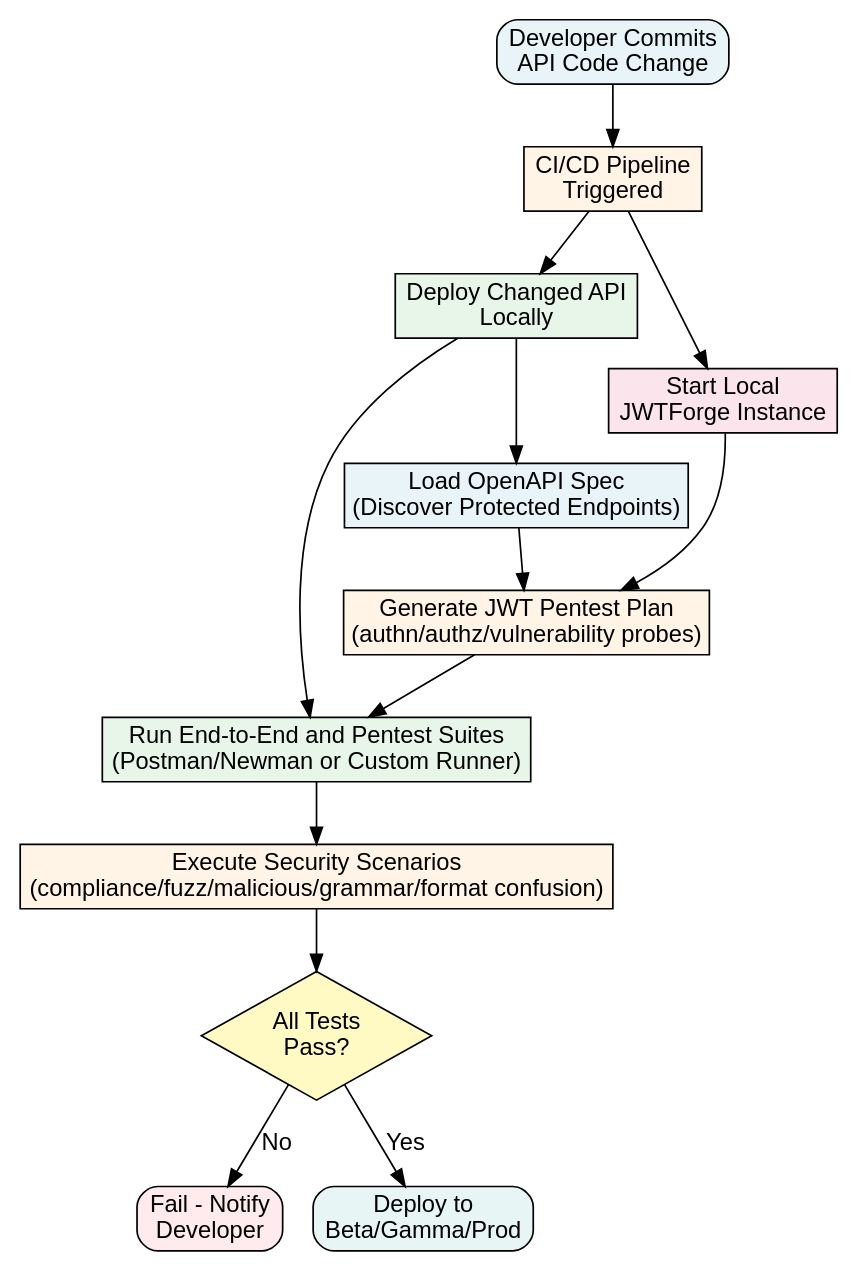
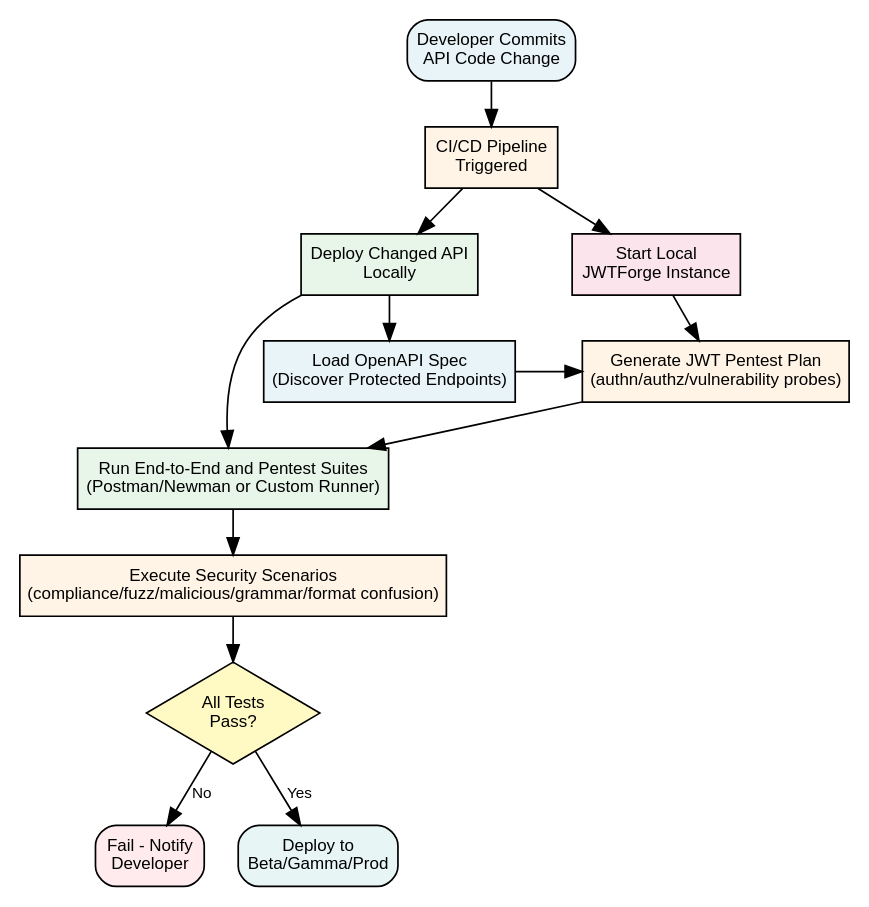
Before and after one commit to abhishektiwari/jwtforge: the diagram in paper/images/graphviz/jwtforge-cicd-workflow.dot, drawn with Graphviz. The commit also changed 3 other files, not shown here.

Commit message:
Update diagrams

```diff
--- a/paper/images/graphviz/jwtforge-cicd-workflow.dot
+++ b/paper/images/graphviz/jwtforge-cicd-workflow.dot
@@ -1,31 +1,36 @@
 digraph cicd_workflow {
     fontname="Helvetica,Arial,sans-serif"
-    node [fontname="Helvetica,Arial,sans-serif", style=filled]
-    edge [fontname="Helvetica,Arial,sans-serif"]
+    graph [ranksep=0.35, nodesep=0.28, margin=0.03]
+    node [fontname="Helvetica,Arial,sans-serif", fontsize=10, margin="0.08,0.05", style=filled]
+    edge [fontname="Helvetica,Arial,sans-serif", fontsize=9]
     rankdir=TB;
 
     commit [label="Developer Commits\nAPI Code Change", shape=box, fillcolor="#E8F4F8", style="filled,rounded"]
     trigger [label="CI/CD Pipeline\nTriggered", shape=box, fillcolor="#FFF4E6"]
     deploy_local [label="Deploy Changed API\nLocally", shape=box, fillcolor="#E8F5E9"]
     jwtforge [label="Start Local\nJWTForge Instance", shape=box, fillcolor="#FCE4EC"]
     openapi [label="Load OpenAPI Spec\n(Discover Protected Endpoints)", shape=box, fillcolor="#E8F4F8"]
     pentest [label="Generate JWT Pentest Plan\n(authn/authz/vulnerability probes)", shape=box, fillcolor="#FFF4E6"]
     postman [label="Run End-to-End and Pentest Suites\n(Postman/Newman or Custom Runner)", shape=box, fillcolor="#E8F5E9"]
     security_test [label="Execute Security Scenarios\n(compliance/fuzz/malicious/grammar/format confusion)", shape=box, fillcolor="#FFF4E6"]
     decision [label="All Tests\nPass?", shape=diamond, fillcolor="#FFF9C4"]
     fail [label="Fail - Notify\nDeveloper", shape=box, fillcolor="#FFEBEE", style="filled,rounded"]
     deploy_beta [label="Deploy to\nBeta/Gamma/Prod", shape=box, fillcolor="#E8F5F5", style="filled,rounded"]
 
+    { rank=same; deploy_local; jwtforge }
+    { rank=same; openapi; pentest }
+    { rank=same; fail; deploy_beta }
+
     commit -> trigger
     trigger -> deploy_local
     trigger -> jwtforge
     deploy_local -> openapi
     openapi -> pentest
     jwtforge -> pentest
     pentest -> postman
     deploy_local -> postman
     postman -> security_test
     security_test -> decision
     decision -> fail [label="No"]
     decision -> deploy_beta [label="Yes"]
 }
```
